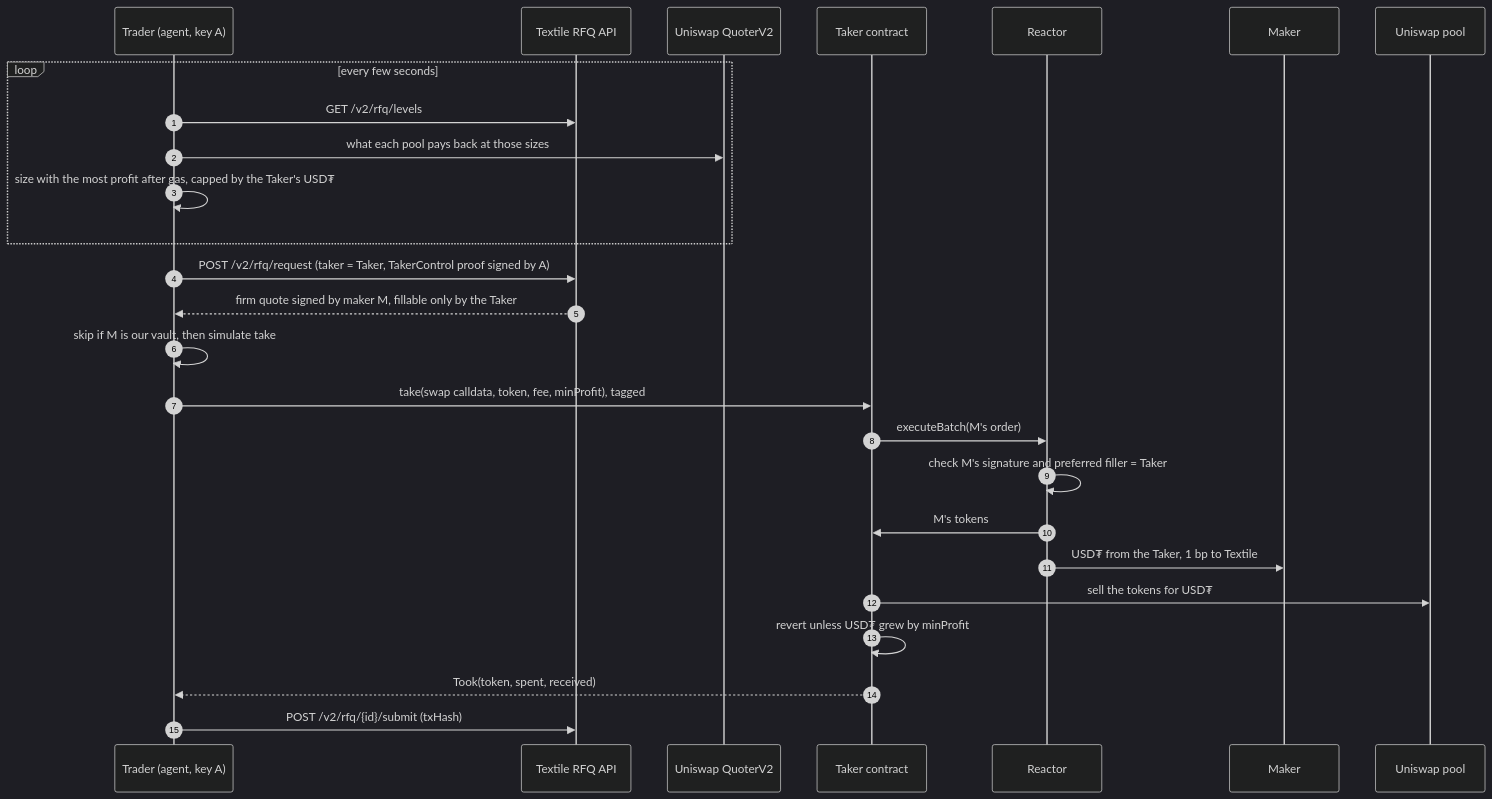
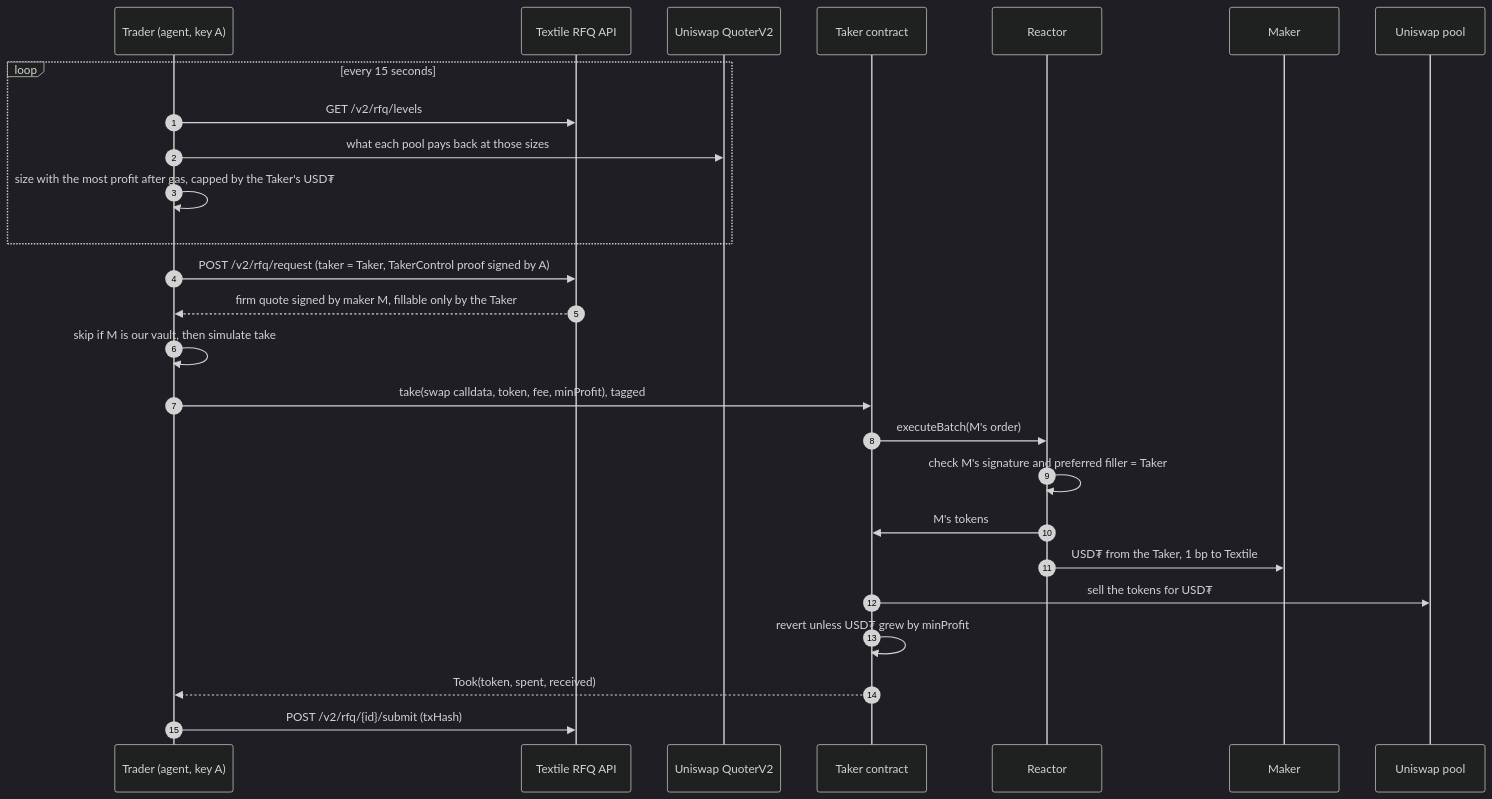
The sixth of 11 diagrams in docs/ARCHITECTURE.md (Kanasjnr/naira-desk), drawn with Mermaid (dark theme) before and after one commit. The commit also changed other lines of this file and 8 other files, not shown here.

Commit message:
feat(agent): the trader takes Textile gaps every 15 seconds

````diff
--- a/docs/ARCHITECTURE.md
+++ b/docs/ARCHITECTURE.md
@@ -323,28 +323,28 @@
 ```mermaid
 sequenceDiagram
   autonumber
   participant TR as Trader (agent, key A)
   participant X as Textile RFQ API
   participant Q as Uniswap QuoterV2
   participant K as Taker contract
   participant R as Reactor
   participant M as Maker
   participant U as Uniswap pool
-  loop every few seconds
+  loop every 15 seconds
     TR->>X: GET /v2/rfq/levels
     TR->>Q: what each pool pays back at those sizes
     TR->>TR: size with the most profit after gas, capped by the Taker's USD₮
   end
   TR->>X: POST /v2/rfq/request (taker = Taker, TakerControl proof signed by A)
   X-->>TR: firm quote signed by maker M, fillable only by the Taker
   TR->>TR: skip if M is our vault, then simulate take
   TR->>K: take(swap calldata, token, fee, minProfit), tagged
   K->>R: executeBatch(M's order)
   R->>R: check M's signature and preferred filler = Taker
   R->>K: M's tokens
   R->>M: USD₮ from the Taker, 1 bp to Textile
   K->>U: sell the tokens for USD₮
   K->>K: revert unless USD₮ grew by minProfit
   K-->>TR: Took(token, spent, received)
   TR->>X: POST /v2/rfq/{id}/submit (txHash)
 ```
````
